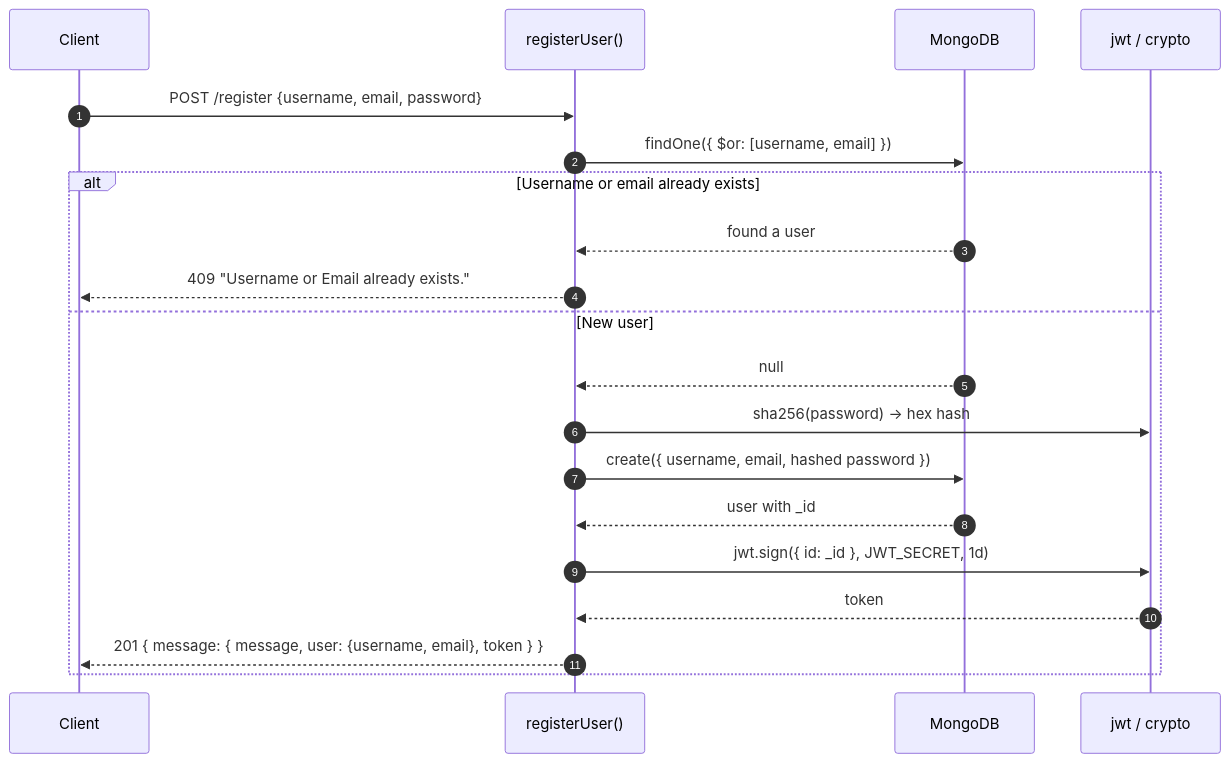
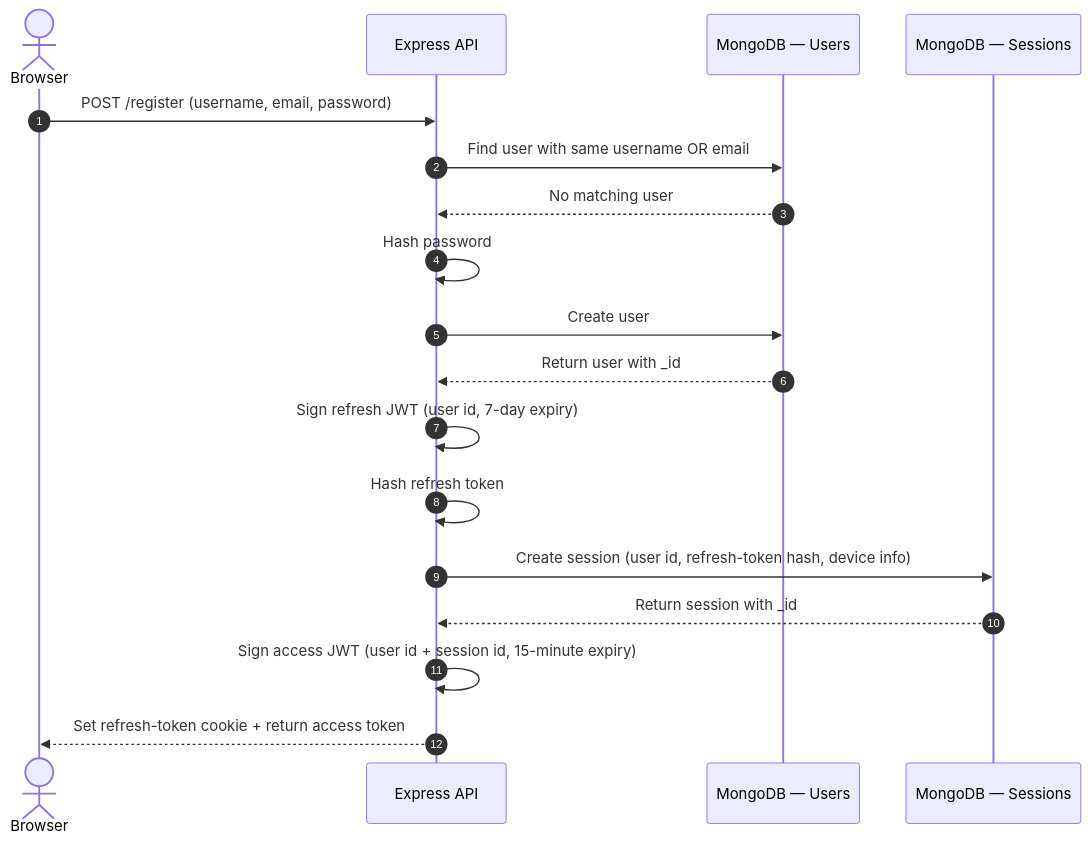
Before and after one commit to samroz-burhan/authentication-system-backend: the second of 6 diagrams in README.md, drawn with Mermaid. The commit also changed other lines of this file, not shown here.

````diff
--- a/README.md
+++ b/README.md
@@ -36,23 +37,23 @@
 ```mermaid
 sequenceDiagram
     autonumber
-    participant C as Client
-    participant R as registerUser()
-    participant DB as MongoDB
-    participant J as jwt / crypto
+    actor Browser
+    participant API as Express API
+    participant UserDB as MongoDB — Users
+    participant SessionDB as MongoDB — Sessions
 
-    C->>R: POST /register {username, email, password}
-    R->>DB: findOne({ $or: [username, email] })
-    alt Username or email already exists
-        DB-->>R: found a user
-        R-->>C: 409 "Username or Email already exists."
-    else New user
-        DB-->>R: null
-        R->>J: sha256(password) → hex hash
-        R->>DB: create({ username, email, hashed password })
-        DB-->>R: user with _id
-        R->>J: jwt.sign({ id: _id }, JWT_SECRET, 1d)
-        J-->>R: token
-        R-->>C: 201 { message: { message, user: {username, email}, token } }
-    end
+    Browser->>API: POST /register (username, email, password)
+    API->>UserDB: Find user with same username OR email
+    UserDB-->>API: No matching user
+    API->>API: Hash password
+    API->>UserDB: Create user
+    UserDB-->>API: Return user with _id
+
+    API->>API: Sign refresh JWT (user id, 7-day expiry)
+    API->>API: Hash refresh token
+    API->>SessionDB: Create session (user id, refresh-token hash, device info)
+    SessionDB-->>API: Return session with _id
+
+    API->>API: Sign access JWT (user id + session id, 15-minute expiry)
+    API-->>Browser: Set refresh-token cookie + return access token
 ```
````
